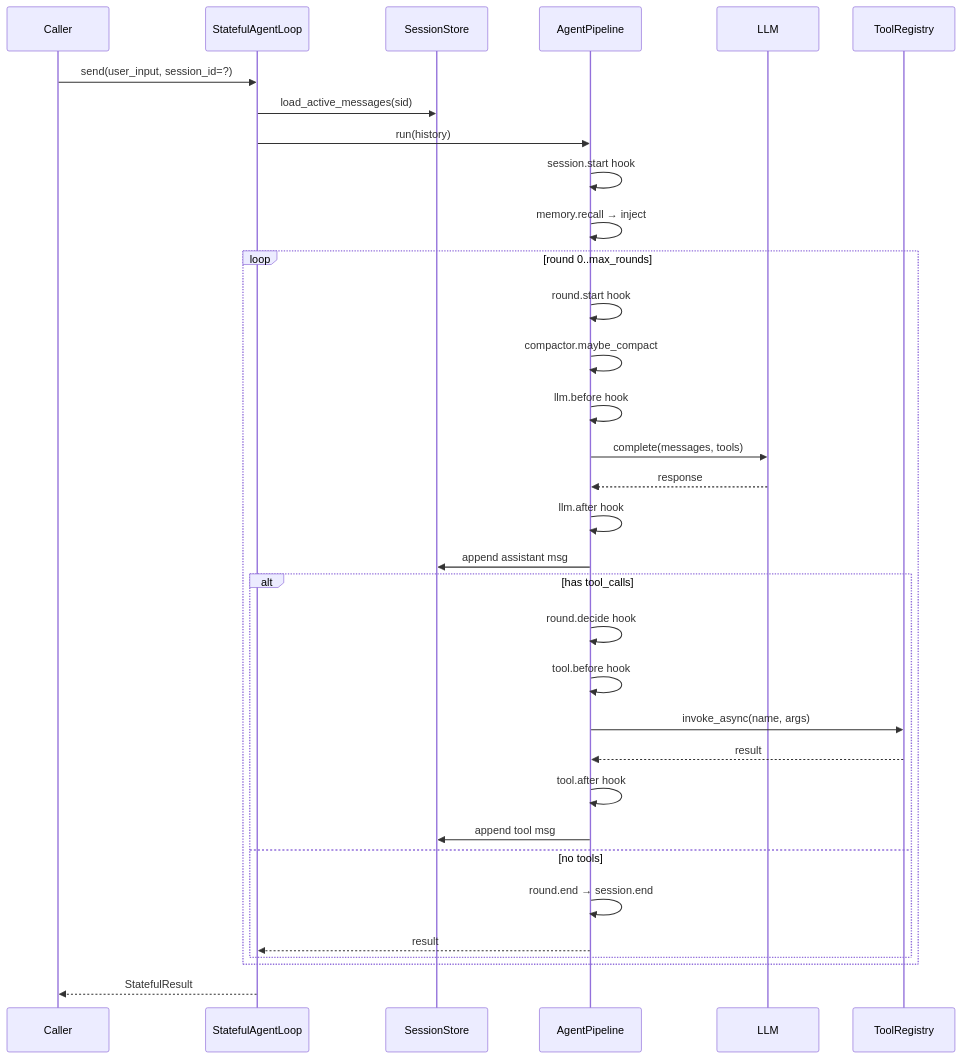
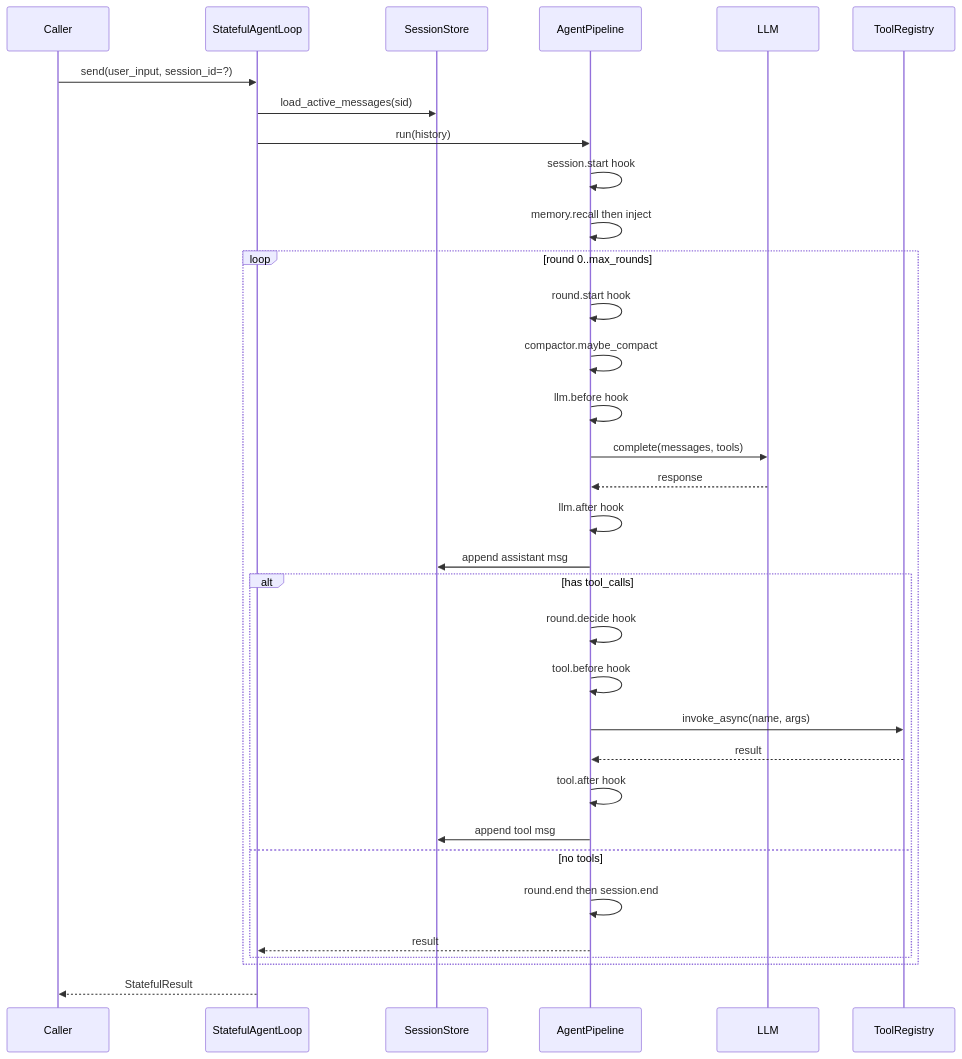
Before and after one commit to PL-play/power-loop: the second of 12 diagrams in docs/en/architecture.md, drawn with Mermaid. The commit also changed other lines of this file and 46 other files, not shown here.

````diff
--- a/docs/en/architecture.md
+++ b/docs/en/architecture.md
@@ -58,36 +58,36 @@
 ```mermaid
 sequenceDiagram
     participant Caller
     participant SAL as StatefulAgentLoop
     participant Store as SessionStore
     participant Pipeline as AgentPipeline
     participant LLM
     participant Tool as ToolRegistry
 
     Caller->>SAL: send(user_input, session_id=?)
     SAL->>Store: load_active_messages(sid)
     SAL->>Pipeline: run(history)
     Pipeline->>Pipeline: session.start hook
-    Pipeline->>Pipeline: memory.recall → inject
+    Pipeline->>Pipeline: memory.recall then inject
     loop round 0..max_rounds
         Pipeline->>Pipeline: round.start hook
         Pipeline->>Pipeline: compactor.maybe_compact
         Pipeline->>Pipeline: llm.before hook
         Pipeline->>LLM: complete(messages, tools)
         LLM-->>Pipeline: response
         Pipeline->>Pipeline: llm.after hook
         Pipeline->>Store: append assistant msg
         alt has tool_calls
             Pipeline->>Pipeline: round.decide hook
             Pipeline->>Pipeline: tool.before hook
             Pipeline->>Tool: invoke_async(name, args)
             Tool-->>Pipeline: result
             Pipeline->>Pipeline: tool.after hook
             Pipeline->>Store: append tool msg
         else no tools
-            Pipeline->>Pipeline: round.end → session.end
+            Pipeline->>Pipeline: round.end then session.end
             Pipeline-->>SAL: result
         end
     end
     SAL-->>Caller: StatefulResult
 ```
````
